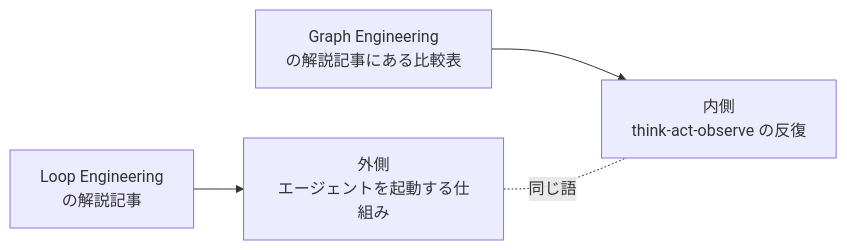
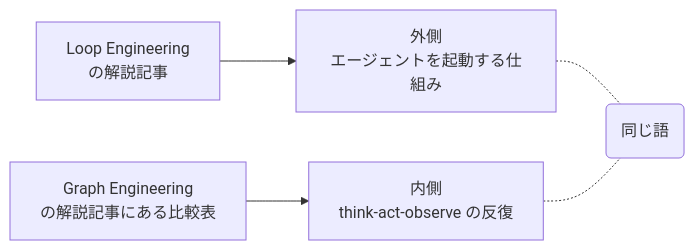
The first of 2 diagrams in articles/llm-control-layers-taxonomy_20260818.md (suwa-sh/zenn-contents), drawn with Mermaid before and after one commit.

````diff
--- a/articles/llm-control-layers-taxonomy_20260818.md
+++ b/articles/llm-control-layers-taxonomy_20260818.md
@@ -85,6 +85,7 @@
 ```mermaid
 flowchart LR
     A["Loop Engineering<br/>の解説記事"] --> OUT["外側<br/>エージェントを起動する仕組み"]
     B["Graph Engineering<br/>の解説記事にある比較表"] --> IN["内側<br/>think-act-observe の反復"]
-    OUT -.同じ語.- IN
+    OUT -.- C(同じ語)
+    IN -.- C
 ```
````
